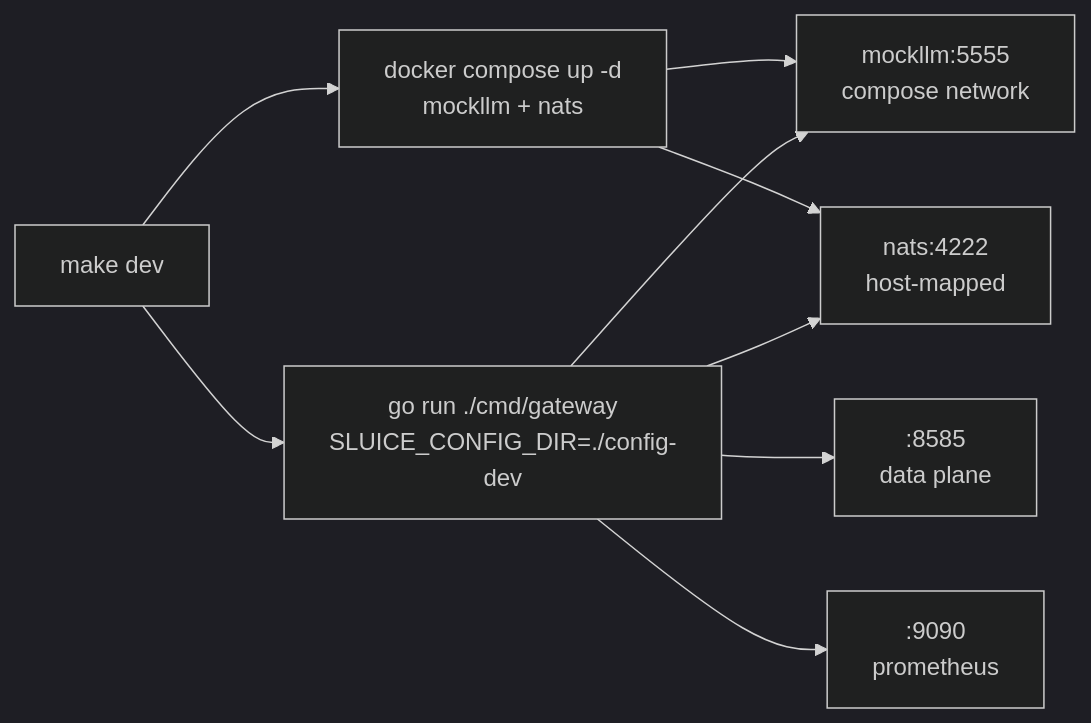
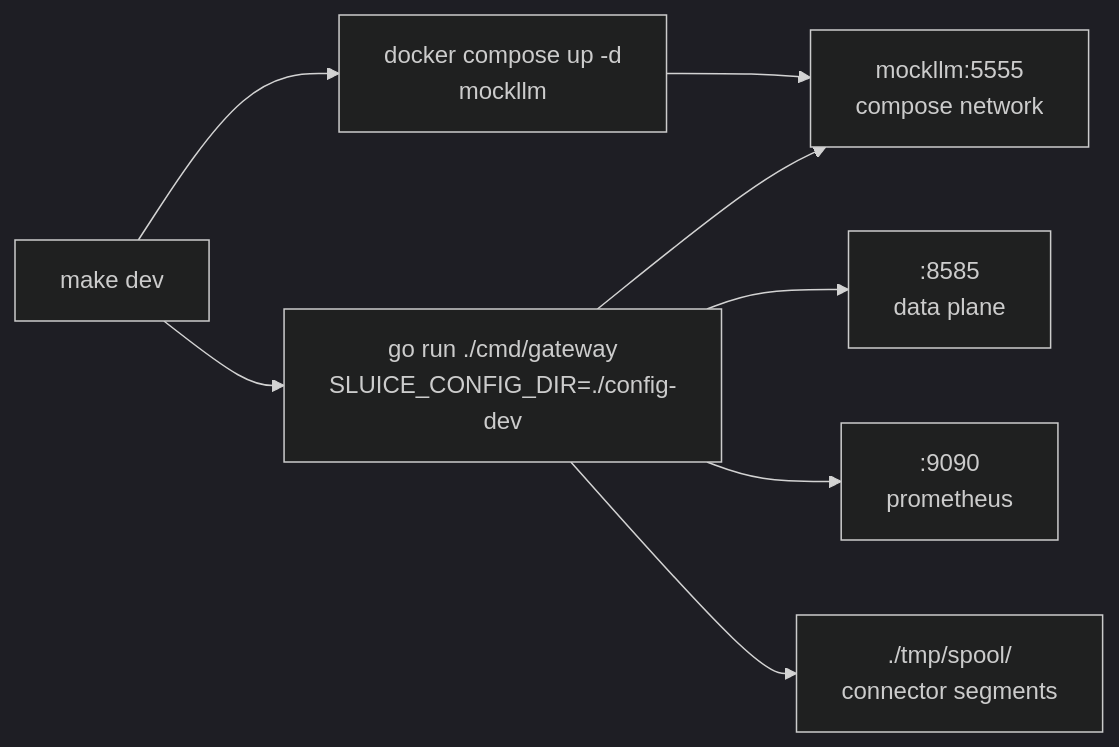
One commit to andyjmorgan/slipspace-gateway changed the first of 3 diagrams in docs/local-development.md. Above: the diagram before and after it, drawn with Mermaid (dark theme). The commit also changed other lines of this file and 17 other files, not shown here.

First line of the commit message:
docs: connector + spool architecture (post-NATS)

````diff
--- a/docs/local-development.md
+++ b/docs/local-development.md
@@ -47,11 +47,10 @@
 ```mermaid
 flowchart LR
-    Dev[make dev] --> Compose[docker compose up -d<br/>mockllm + nats]
+    Dev[make dev] --> Compose[docker compose up -d<br/>mockllm]
     Dev --> GoRun[go run ./cmd/gateway<br/>SLUICE_CONFIG_DIR=./config-dev]
     Compose --> Mock[mockllm:5555<br/>compose network]
-    Compose --> Nats[nats:4222<br/>host-mapped]
     GoRun --> Data[":8585<br/>data plane"]
     GoRun --> Prom[":9090<br/>prometheus"]
     GoRun --> Mock
-    GoRun --> Nats
+    GoRun --> Spool[./tmp/spool/<br/>connector segments]
 ```
````
